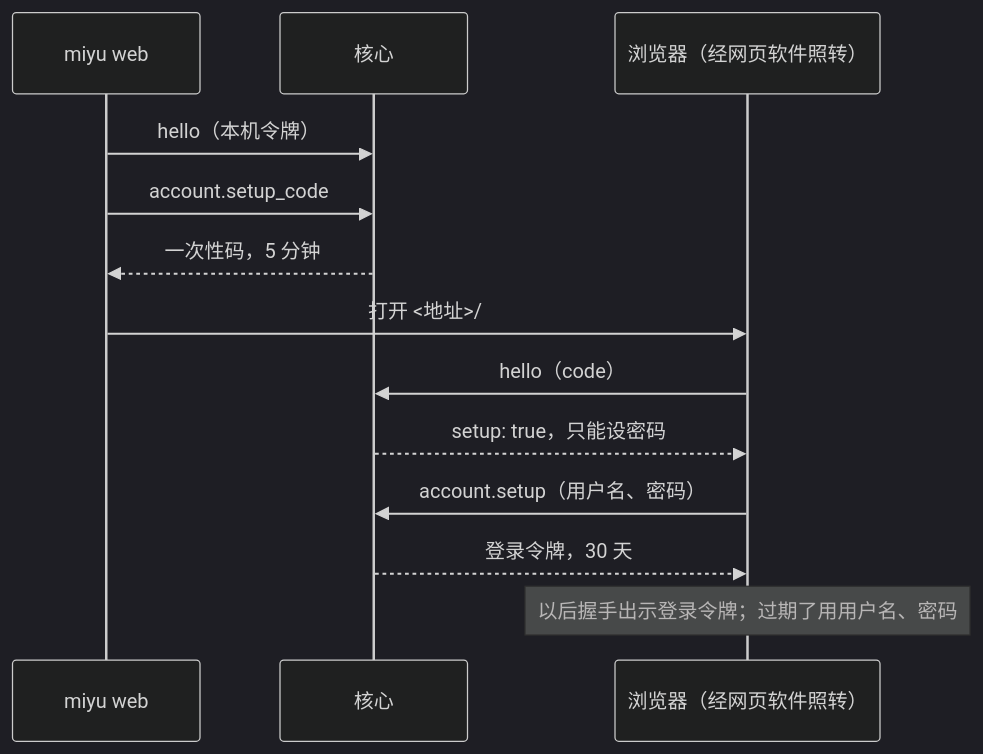
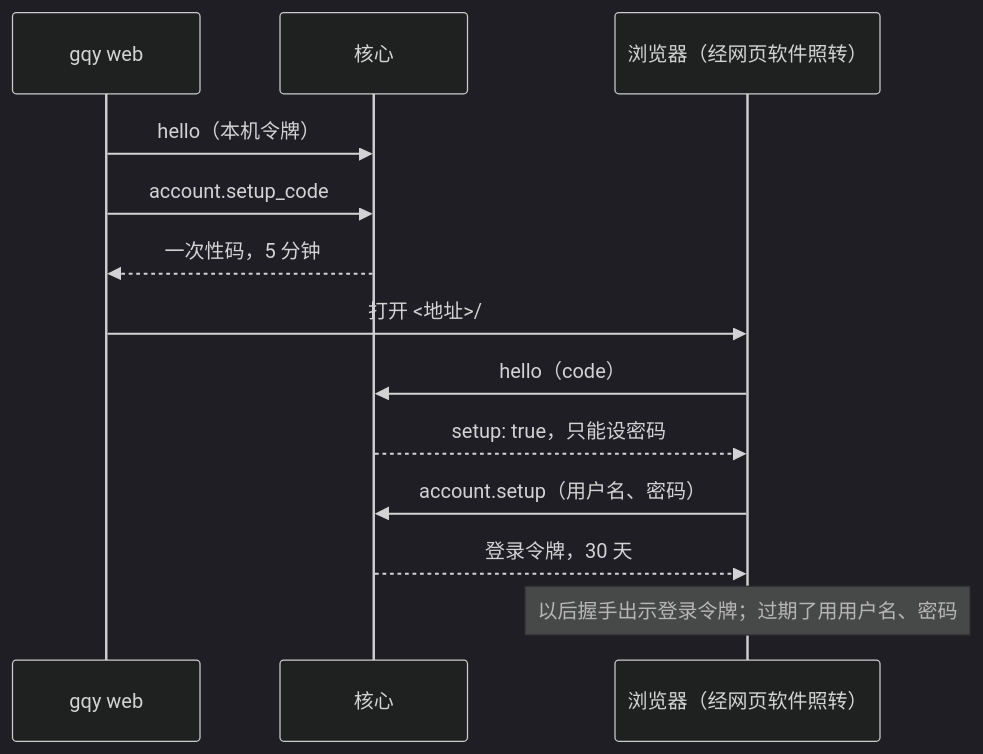
One commit to yxxbc/GQYv2 changed the diagram in docs/blueprint/web-module.md. Above: the diagram before and after it, drawn with Mermaid (dark theme). The commit also changed other lines of this file and 531 other files, not shown here.

Commit message:
docs: replace all miyu references with gqy

````diff
--- a/docs/blueprint/web-module.md
+++ b/docs/blueprint/web-module.md
@@ -233,15 +233,15 @@
 ```mermaid
 sequenceDiagram
-    participant T as miyu web
+    participant T as gqy web
     participant C as 核心
     participant B as 浏览器（经网页软件照转）
     T->>C: hello（本机令牌）
     T->>C: account.setup_code
     C-->>T: 一次性码，5 分钟
     T->>B: 打开 <地址>/#setup=<码>
     B->>C: hello（code）
     C-->>B: setup: true，只能设密码
     B->>C: account.setup（用户名、密码）
     C-->>B: 登录令牌，30 天
     Note over B: 以后握手出示登录令牌；过期了用用户名、密码
 ```
````
